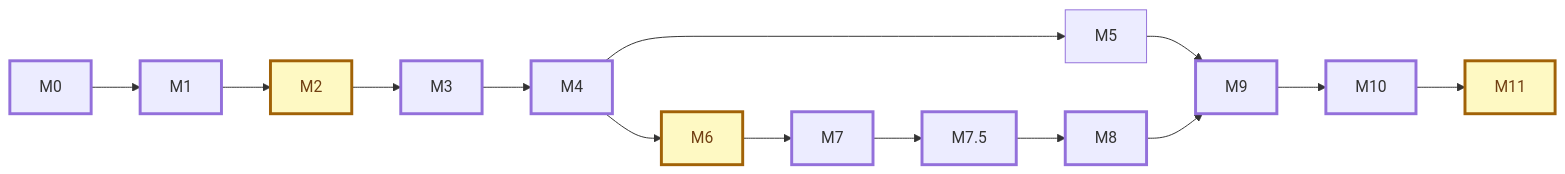
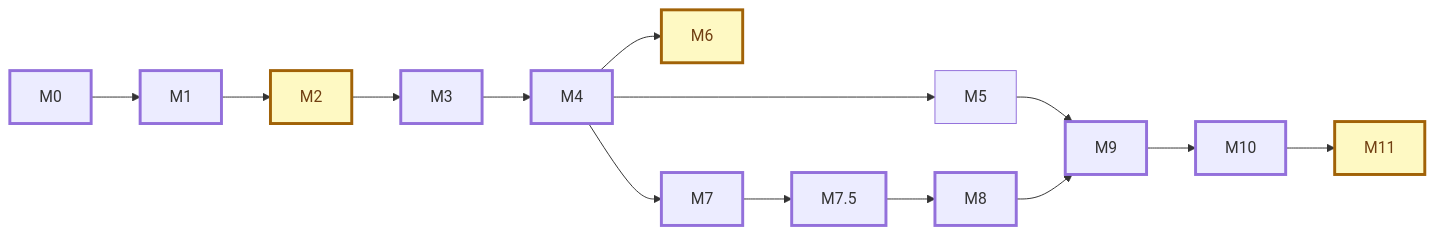
One commit to hfWalid/pac-pilot changed the second of 2 diagrams in docs/DELIVERY-PLAN.md. Above: the diagram before and after it, drawn with Mermaid. The commit also changed other lines of this file and 19 other files, not shown here.

````diff
--- a/docs/DELIVERY-PLAN.md
+++ b/docs/DELIVERY-PLAN.md
@@ -212,13 +219,13 @@
 ```mermaid
 flowchart LR
     M0 --> M1 --> M2 --> M3 --> M4
     M4 --> M5
     M4 --> M6
     M5 --> M9
-    M6 --> M7 --> M75["M7.5"] --> M8 --> M9 --> M10 --> M11
+    M4 --> M7 --> M75["M7.5"] --> M8 --> M9 --> M10 --> M11
 
     classDef gate fill:#fef9c3,stroke:#a16207,color:#713f12;
     classDef crit stroke-width:3px;
     class M2,M6,M11 gate;
     class M0,M1,M2,M3,M4,M6,M7,M75,M8,M9,M10,M11 crit;
 ```
````
